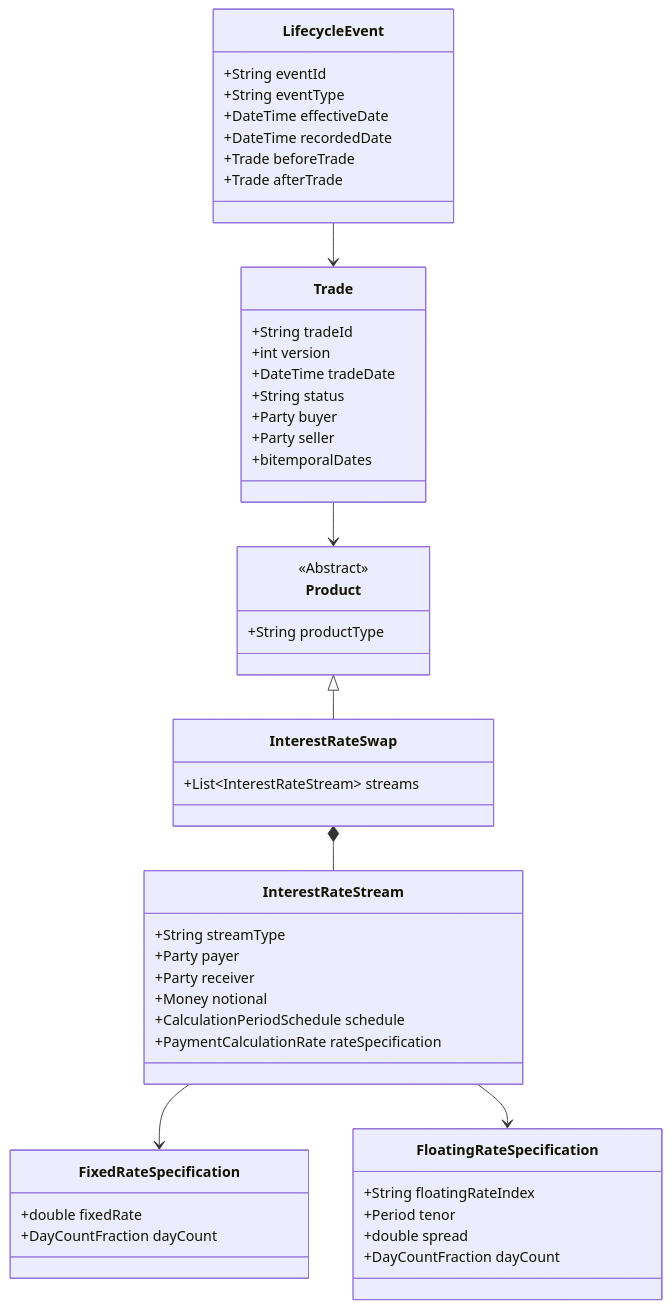
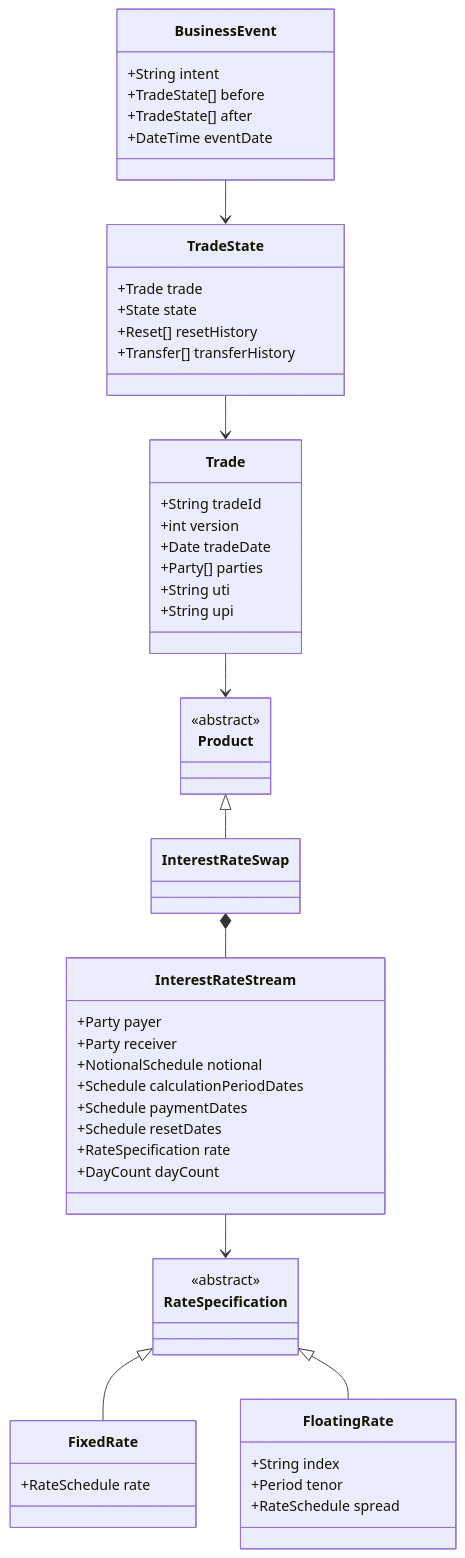
One commit to shreejitverma/The-Quant-Prep changed the first of 4 diagrams in 18-Pricing-and-Risk-Systems/02-Trade-Representation-and-Lifecycle.md. Above: the diagram before and after it, drawn with Mermaid. The commit also changed other lines of this file and 12 other files, not shown here.

````diff
--- a/18-Pricing-and-Risk-Systems/02-Trade-Representation-and-Lifecycle.md
+++ b/18-Pricing-and-Risk-Systems/02-Trade-Representation-and-Lifecycle.md
@@ -50,58 +49,56 @@
 ```mermaid
 classDiagram
     class Trade {
         +String tradeId
         +int version
-        +DateTime tradeDate
-        +String status
-        +Party buyer
-        +Party seller
-        +bitemporalDates
+        +Date tradeDate
+        +Party[] parties
+        +String uti
+        +String upi
     }
-
+    class TradeState {
+        +Trade trade
+        +State state
+        +Reset[] resetHistory
+        +Transfer[] transferHistory
+    }
     class Product {
-        <<Abstract>>
-        +String productType
+        <<abstract>>
     }
-
-    class InterestRateSwap {
-        +List~InterestRateStream~ streams
-    }
-
+    class InterestRateSwap
     class InterestRateStream {
-        +String streamType
         +Party payer
         +Party receiver
-        +Money notional
-        +CalculationPeriodSchedule schedule
-        +PaymentCalculationRate rateSpecification
+        +NotionalSchedule notional
+        +Schedule calculationPeriodDates
+        +Schedule paymentDates
+        +Schedule resetDates
+        +RateSpecification rate
+        +DayCount dayCount
     }
-
-    class FixedRateSpecification {
-        +double fixedRate
-        +DayCountFraction dayCount
+    class RateSpecification {
+        <<abstract>>
     }
-
-    class FloatingRateSpecification {
-        +String floatingRateIndex
+    class FixedRate {
+        +RateSchedule rate
+    }
+    class FloatingRate {
+        +String index
         +Period tenor
-        +double spread
-        +DayCountFraction dayCount
+        +RateSchedule spread
     }
-
-    class LifecycleEvent {
-        +String eventId
-        +String eventType
-        +DateTime effectiveDate
-        +DateTime recordedDate
-        +Trade beforeTrade
-        +Trade afterTrade
+    class BusinessEvent {
+        +String intent
+        +TradeState[] before
+        +TradeState[] after
+        +DateTime eventDate
     }
-
+    TradeState --> Trade
     Trade --> Product
     Product <|-- InterestRateSwap
     InterestRateSwap *-- InterestRateStream
-    InterestRateStream --> FixedRateSpecification
-    InterestRateStream --> FloatingRateSpecification
-    LifecycleEvent --> Trade
+    InterestRateStream --> RateSpecification
+    RateSpecification <|-- FixedRate
+    RateSpecification <|-- FloatingRate
+    BusinessEvent --> TradeState
 ```
````
